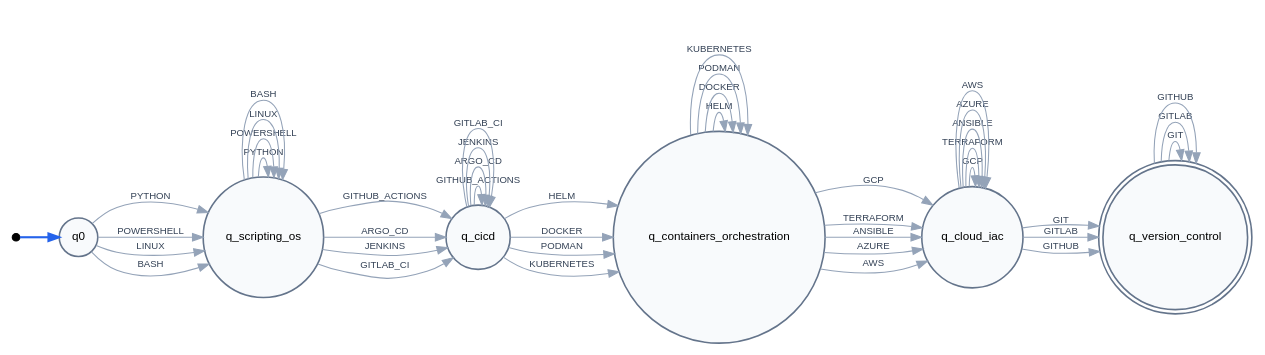
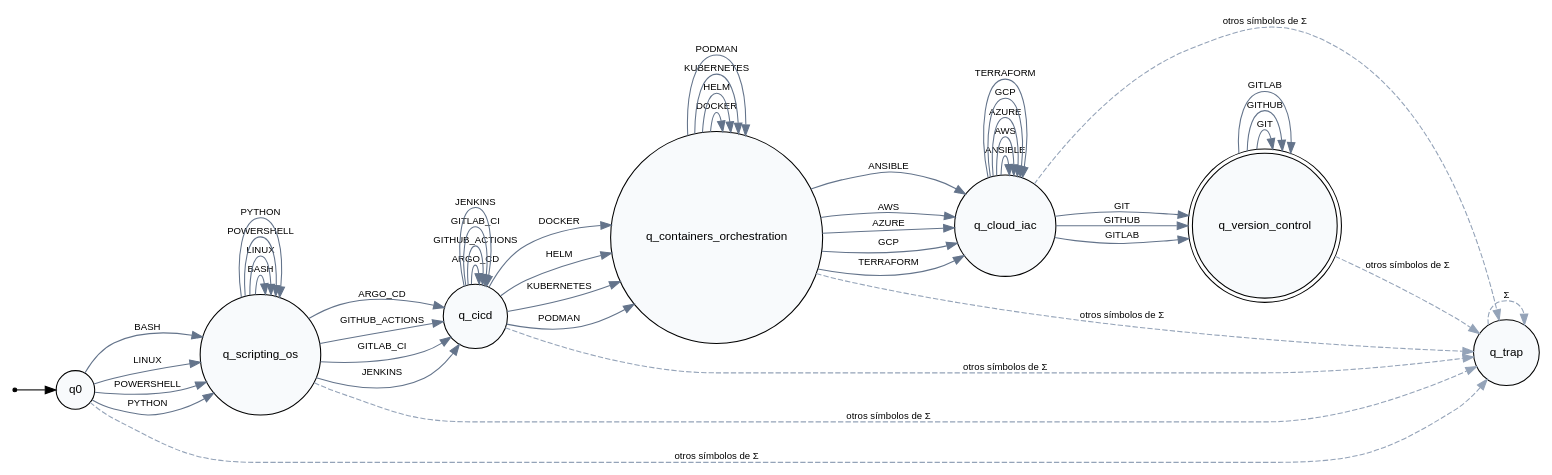
One commit to JuanJoe-18/DiscreteIII-Integrative-Task-VictorTeam changed the diagram in docs/diagrams/cloud_devops.dot. Above: the diagram before and after it, drawn with Graphviz. The commit also changed 26 other files, not shown here.

```diff
--- a/docs/diagrams/cloud_devops.dot
+++ b/docs/diagrams/cloud_devops.dot
@@ -1,53 +1,61 @@
 digraph DFA_cloud_devops {
 	rankdir=LR
 	node [fontname=Helvetica fontsize=11 style=filled]
 	edge [fontname=Helvetica fontsize=9]
-	__start [label="" shape=point width=0.1]
-	__start -> q0 [color="#2563eb" penwidth=2.0]
-	q0 [color="#64748b" fillcolor="#f8fafc" penwidth=1.5 shape=circle]
-	q_scripting_os [color="#64748b" fillcolor="#f8fafc" penwidth=1.5 shape=circle]
-	q_cicd [color="#64748b" fillcolor="#f8fafc" penwidth=1.5 shape=circle]
-	q_containers_orchestration [color="#64748b" fillcolor="#f8fafc" penwidth=1.5 shape=circle]
-	q_cloud_iac [color="#64748b" fillcolor="#f8fafc" penwidth=1.5 shape=circle]
-	q_version_control [color="#64748b" fillcolor="#f8fafc" penwidth=1.5 shape=doublecircle]
-	q0 -> q_scripting_os [label=PYTHON color="#94a3b8" fontcolor="#334155" penwidth=1.0]
-	q0 -> q_scripting_os [label=POWERSHELL color="#94a3b8" fontcolor="#334155" penwidth=1.0]
-	q0 -> q_scripting_os [label=LINUX color="#94a3b8" fontcolor="#334155" penwidth=1.0]
-	q0 -> q_scripting_os [label=BASH color="#94a3b8" fontcolor="#334155" penwidth=1.0]
-	q_scripting_os -> q_scripting_os [label=PYTHON color="#94a3b8" fontcolor="#334155" penwidth=1.0]
-	q_scripting_os -> q_scripting_os [label=POWERSHELL color="#94a3b8" fontcolor="#334155" penwidth=1.0]
-	q_scripting_os -> q_scripting_os [label=LINUX color="#94a3b8" fontcolor="#334155" penwidth=1.0]
-	q_scripting_os -> q_scripting_os [label=BASH color="#94a3b8" fontcolor="#334155" penwidth=1.0]
-	q_scripting_os -> q_cicd [label=GITHUB_ACTIONS color="#94a3b8" fontcolor="#334155" penwidth=1.0]
-	q_scripting_os -> q_cicd [label=ARGO_CD color="#94a3b8" fontcolor="#334155" penwidth=1.0]
-	q_scripting_os -> q_cicd [label=JENKINS color="#94a3b8" fontcolor="#334155" penwidth=1.0]
-	q_scripting_os -> q_cicd [label=GITLAB_CI color="#94a3b8" fontcolor="#334155" penwidth=1.0]
-	q_cicd -> q_cicd [label=GITHUB_ACTIONS color="#94a3b8" fontcolor="#334155" penwidth=1.0]
-	q_cicd -> q_cicd [label=ARGO_CD color="#94a3b8" fontcolor="#334155" penwidth=1.0]
-	q_cicd -> q_cicd [label=JENKINS color="#94a3b8" fontcolor="#334155" penwidth=1.0]
-	q_cicd -> q_cicd [label=GITLAB_CI color="#94a3b8" fontcolor="#334155" penwidth=1.0]
-	q_cicd -> q_containers_orchestration [label=HELM color="#94a3b8" fontcolor="#334155" penwidth=1.0]
-	q_cicd -> q_containers_orchestration [label=DOCKER color="#94a3b8" fontcolor="#334155" penwidth=1.0]
-	q_cicd -> q_containers_orchestration [label=PODMAN color="#94a3b8" fontcolor="#334155" penwidth=1.0]
-	q_cicd -> q_containers_orchestration [label=KUBERNETES color="#94a3b8" fontcolor="#334155" penwidth=1.0]
-	q_containers_orchestration -> q_containers_orchestration [label=HELM color="#94a3b8" fontcolor="#334155" penwidth=1.0]
-	q_containers_orchestration -> q_containers_orchestration [label=DOCKER color="#94a3b8" fontcolor="#334155" penwidth=1.0]
-	q_containers_orchestration -> q_containers_orchestration [label=PODMAN color="#94a3b8" fontcolor="#334155" penwidth=1.0]
-	q_containers_orchestration -> q_containers_orchestration [label=KUBERNETES color="#94a3b8" fontcolor="#334155" penwidth=1.0]
-	q_containers_orchestration -> q_cloud_iac [label=GCP color="#94a3b8" fontcolor="#334155" penwidth=1.0]
-	q_containers_orchestration -> q_cloud_iac [label=TERRAFORM color="#94a3b8" fontcolor="#334155" penwidth=1.0]
-	q_containers_orchestration -> q_cloud_iac [label=ANSIBLE color="#94a3b8" fontcolor="#334155" penwidth=1.0]
-	q_containers_orchestration -> q_cloud_iac [label=AZURE color="#94a3b8" fontcolor="#334155" penwidth=1.0]
-	q_containers_orchestration -> q_cloud_iac [label=AWS color="#94a3b8" fontcolor="#334155" penwidth=1.0]
-	q_cloud_iac -> q_cloud_iac [label=GCP color="#94a3b8" fontcolor="#334155" penwidth=1.0]
-	q_cloud_iac -> q_cloud_iac [label=TERRAFORM color="#94a3b8" fontcolor="#334155" penwidth=1.0]
-	q_cloud_iac -> q_cloud_iac [label=ANSIBLE color="#94a3b8" fontcolor="#334155" penwidth=1.0]
-	q_cloud_iac -> q_cloud_iac [label=AZURE color="#94a3b8" fontcolor="#334155" penwidth=1.0]
-	q_cloud_iac -> q_cloud_iac [label=AWS color="#94a3b8" fontcolor="#334155" penwidth=1.0]
-	q_cloud_iac -> q_version_control [label=GIT color="#94a3b8" fontcolor="#334155" penwidth=1.0]
-	q_cloud_iac -> q_version_control [label=GITLAB color="#94a3b8" fontcolor="#334155" penwidth=1.0]
-	q_cloud_iac -> q_version_control [label=GITHUB color="#94a3b8" fontcolor="#334155" penwidth=1.0]
-	q_version_control -> q_version_control [label=GIT color="#94a3b8" fontcolor="#334155" penwidth=1.0]
-	q_version_control -> q_version_control [label=GITLAB color="#94a3b8" fontcolor="#334155" penwidth=1.0]
-	q_version_control -> q_version_control [label=GITHUB color="#94a3b8" fontcolor="#334155" penwidth=1.0]
+	__start [label="" shape=point]
+	__start -> q0
+	q0 [fillcolor="#f8fafc" shape=circle]
+	q_cicd [fillcolor="#f8fafc" shape=circle]
+	q_cloud_iac [fillcolor="#f8fafc" shape=circle]
+	q_containers_orchestration [fillcolor="#f8fafc" shape=circle]
+	q_scripting_os [fillcolor="#f8fafc" shape=circle]
+	q_trap [fillcolor="#f8fafc" shape=circle]
+	q_version_control [fillcolor="#f8fafc" shape=doublecircle]
+	q0 -> q_scripting_os [label=BASH color="#64748b" penwidth=1.0]
+	q0 -> q_scripting_os [label=LINUX color="#64748b" penwidth=1.0]
+	q0 -> q_scripting_os [label=POWERSHELL color="#64748b" penwidth=1.0]
+	q0 -> q_scripting_os [label=PYTHON color="#64748b" penwidth=1.0]
+	q_cicd -> q_cicd [label=ARGO_CD color="#64748b" penwidth=1.0]
+	q_cicd -> q_containers_orchestration [label=DOCKER color="#64748b" penwidth=1.0]
+	q_cicd -> q_cicd [label=GITHUB_ACTIONS color="#64748b" penwidth=1.0]
+	q_cicd -> q_cicd [label=GITLAB_CI color="#64748b" penwidth=1.0]
+	q_cicd -> q_containers_orchestration [label=HELM color="#64748b" penwidth=1.0]
+	q_cicd -> q_cicd [label=JENKINS color="#64748b" penwidth=1.0]
+	q_cicd -> q_containers_orchestration [label=KUBERNETES color="#64748b" penwidth=1.0]
+	q_cicd -> q_containers_orchestration [label=PODMAN color="#64748b" penwidth=1.0]
+	q_cloud_iac -> q_cloud_iac [label=ANSIBLE color="#64748b" penwidth=1.0]
+	q_cloud_iac -> q_cloud_iac [label=AWS color="#64748b" penwidth=1.0]
+	q_cloud_iac -> q_cloud_iac [label=AZURE color="#64748b" penwidth=1.0]
+	q_cloud_iac -> q_cloud_iac [label=GCP color="#64748b" penwidth=1.0]
+	q_cloud_iac -> q_version_control [label=GIT color="#64748b" penwidth=1.0]
+	q_cloud_iac -> q_version_control [label=GITHUB color="#64748b" penwidth=1.0]
+	q_cloud_iac -> q_version_control [label=GITLAB color="#64748b" penwidth=1.0]
+	q_cloud_iac -> q_cloud_iac [label=TERRAFORM color="#64748b" penwidth=1.0]
+	q_containers_orchestration -> q_cloud_iac [label=ANSIBLE color="#64748b" penwidth=1.0]
+	q_containers_orchestration -> q_cloud_iac [label=AWS color="#64748b" penwidth=1.0]
+	q_containers_orchestration -> q_cloud_iac [label=AZURE color="#64748b" penwidth=1.0]
+	q_containers_orchestration -> q_containers_orchestration [label=DOCKER color="#64748b" penwidth=1.0]
+	q_containers_orchestration -> q_cloud_iac [label=GCP color="#64748b" penwidth=1.0]
+	q_containers_orchestration -> q_containers_orchestration [label=HELM color="#64748b" penwidth=1.0]
+	q_containers_orchestration -> q_containers_orchestration [label=KUBERNETES color="#64748b" penwidth=1.0]
+	q_containers_orchestration -> q_containers_orchestration [label=PODMAN color="#64748b" penwidth=1.0]
+	q_containers_orchestration -> q_cloud_iac [label=TERRAFORM color="#64748b" penwidth=1.0]
+	q_scripting_os -> q_cicd [label=ARGO_CD color="#64748b" penwidth=1.0]
+	q_scripting_os -> q_scripting_os [label=BASH color="#64748b" penwidth=1.0]
+	q_scripting_os -> q_cicd [label=GITHUB_ACTIONS color="#64748b" penwidth=1.0]
+	q_scripting_os -> q_cicd [label=GITLAB_CI color="#64748b" penwidth=1.0]
+	q_scripting_os -> q_cicd [label=JENKINS color="#64748b" penwidth=1.0]
+	q_scripting_os -> q_scripting_os [label=LINUX color="#64748b" penwidth=1.0]
+	q_scripting_os -> q_scripting_os [label=POWERSHELL color="#64748b" penwidth=1.0]
+	q_scripting_os -> q_scripting_os [label=PYTHON color="#64748b" penwidth=1.0]
+	q_version_control -> q_version_control [label=GIT color="#64748b" penwidth=1.0]
+	q_version_control -> q_version_control [label=GITHUB color="#64748b" penwidth=1.0]
+	q_version_control -> q_version_control [label=GITLAB color="#64748b" penwidth=1.0]
+	q0 -> q_trap [label="otros símbolos de Σ" color="#94a3b8" style=dashed]
+	q_cicd -> q_trap [label="otros símbolos de Σ" color="#94a3b8" style=dashed]
+	q_cloud_iac -> q_trap [label="otros símbolos de Σ" color="#94a3b8" style=dashed]
+	q_containers_orchestration -> q_trap [label="otros símbolos de Σ" color="#94a3b8" style=dashed]
+	q_scripting_os -> q_trap [label="otros símbolos de Σ" color="#94a3b8" style=dashed]
+	q_trap -> q_trap [label="Σ" color="#94a3b8" style=dashed]
+	q_version_control -> q_trap [label="otros símbolos de Σ" color="#94a3b8" style=dashed]
 }
```
